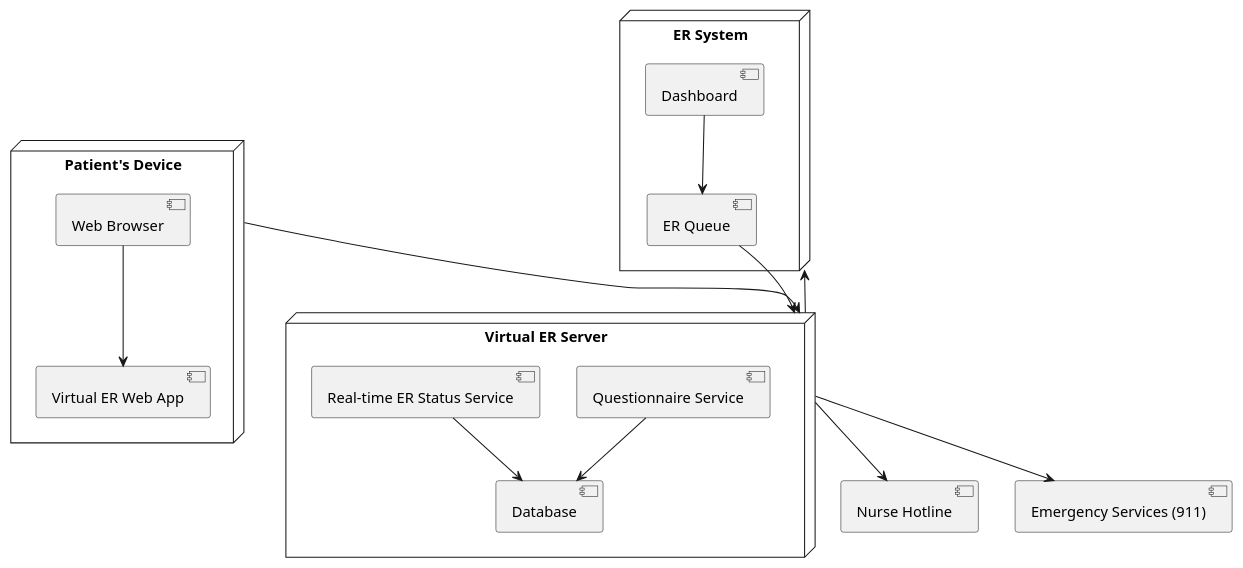
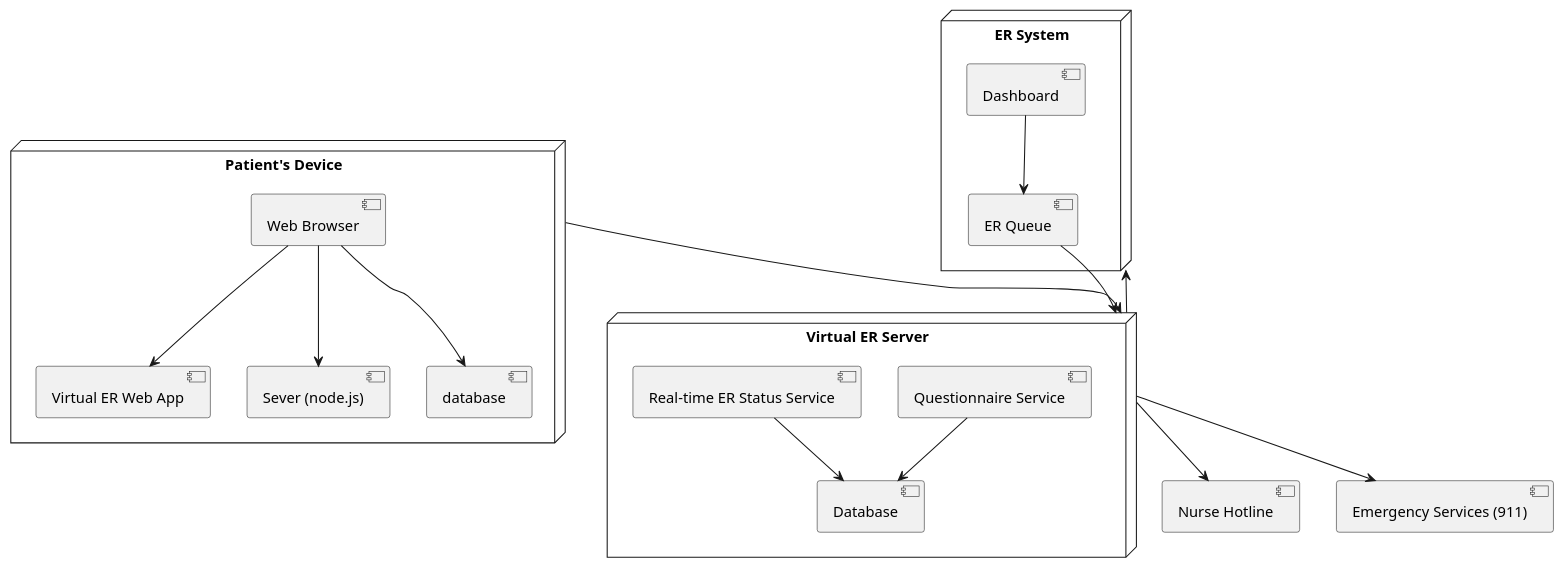
The diagram in milestone_2/Brandon_Diagrams/deployment.puml (SENG-350-2024-fall/Group2), drawn with PlantUML before and after one commit. The commit also changed 11 other files, not shown here.

```diff
--- a/milestone_2/Brandon_Diagrams/deployment.puml
+++ b/milestone_2/Brandon_Diagrams/deployment.puml
@@ -1,20 +1,22 @@
 @startuml Deployment
 node "Patient's Device" {
   [Web Browser] --> [Virtual ER Web App]
+  [Web Browser] --> [Sever (node.js)]
+  [Web Browser] --> [database]
 }
 
 node "Virtual ER Server" {
   [Questionnaire Service] --> [Database]
   [Real-time ER Status Service] --> [Database]
 }
 
 node "ER System" {
   [ER Queue] --> [Virtual ER Server]
   [Dashboard] --> [ER Queue]
 }
 
 [Patient's Device] --> [Virtual ER Server]
 [Virtual ER Server] --> [ER System]
 [Virtual ER Server] --> [Nurse Hotline]
 [Virtual ER Server] --> [Emergency Services (911)]
 @enduml
```
